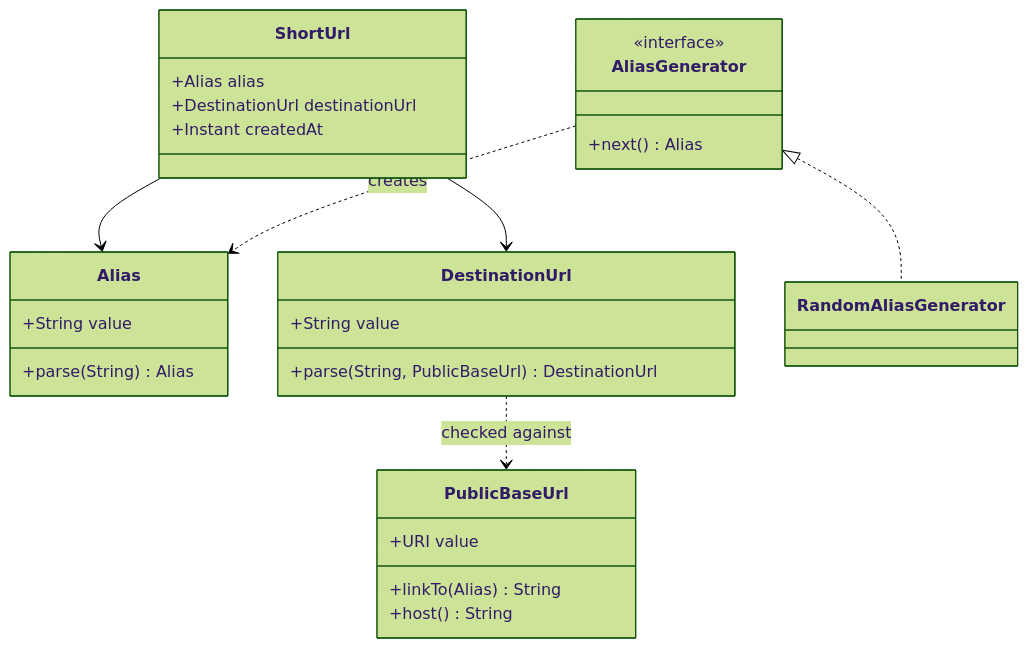
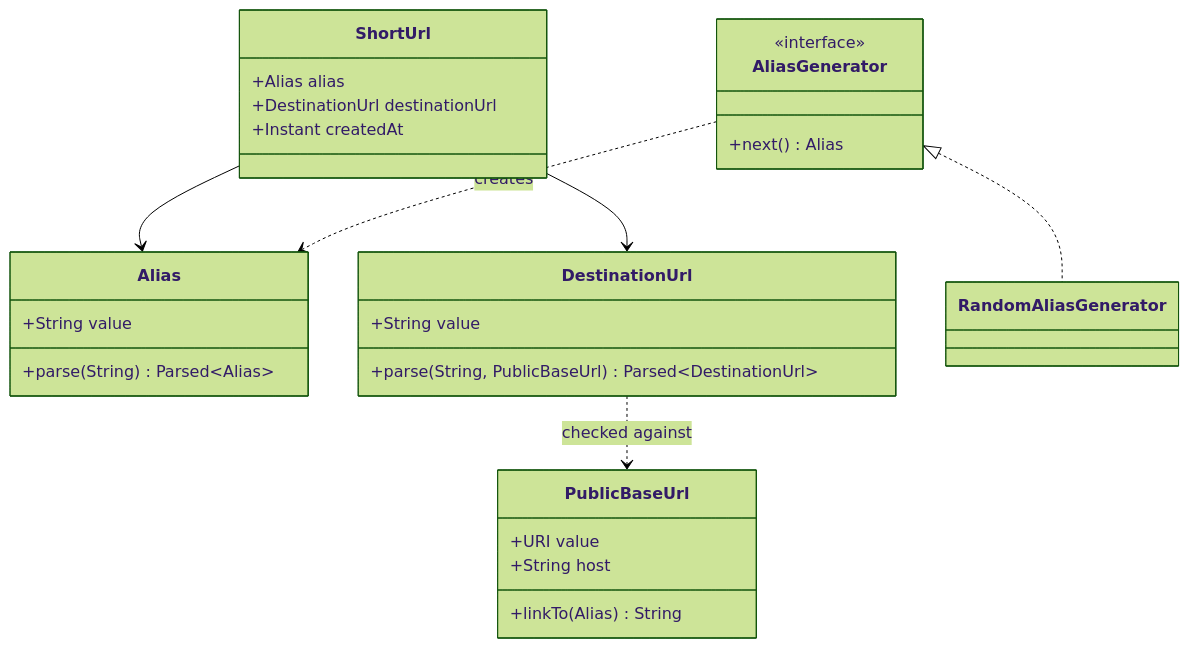
One commit to kieranpotts/tpximpact changed the diagram in docs/design/concepts/domain-model.md. Above: the diagram before and after it, drawn with Mermaid (forest theme). The commit also changed 3 other files, not shown here.

````diff
--- a/docs/design/concepts/domain-model.md
+++ b/docs/design/concepts/domain-model.md
@@ -6,31 +6,31 @@
 ```mermaid
 classDiagram
   class ShortUrl {
     +Alias alias
     +DestinationUrl destinationUrl
     +Instant createdAt
   }
   class Alias {
     +String value
-    +parse(String) Alias
+    +parse(String) Parsed~Alias~
   }
   class DestinationUrl {
     +String value
-    +parse(String, PublicBaseUrl) DestinationUrl
+    +parse(String, PublicBaseUrl) Parsed~DestinationUrl~
   }
   class PublicBaseUrl {
     +URI value
     +linkTo(Alias) String
-    +host() String
+    +String host
   }
   class AliasGenerator {
     <<interface>>
     +next() Alias
   }
   class RandomAliasGenerator
   ShortUrl --> Alias
   ShortUrl --> DestinationUrl
   AliasGenerator <|.. RandomAliasGenerator
   AliasGenerator ..> Alias : creates
   DestinationUrl ..> PublicBaseUrl : checked against
 ```
````
